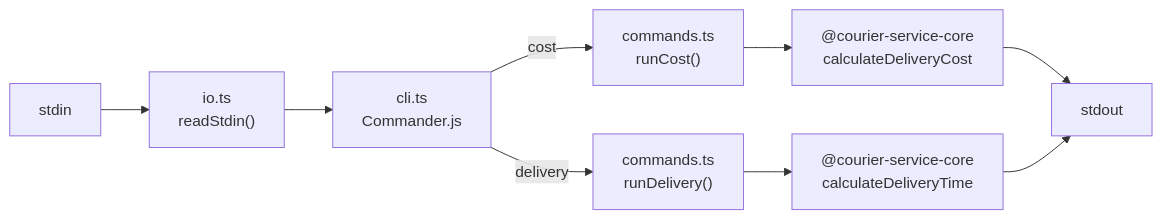
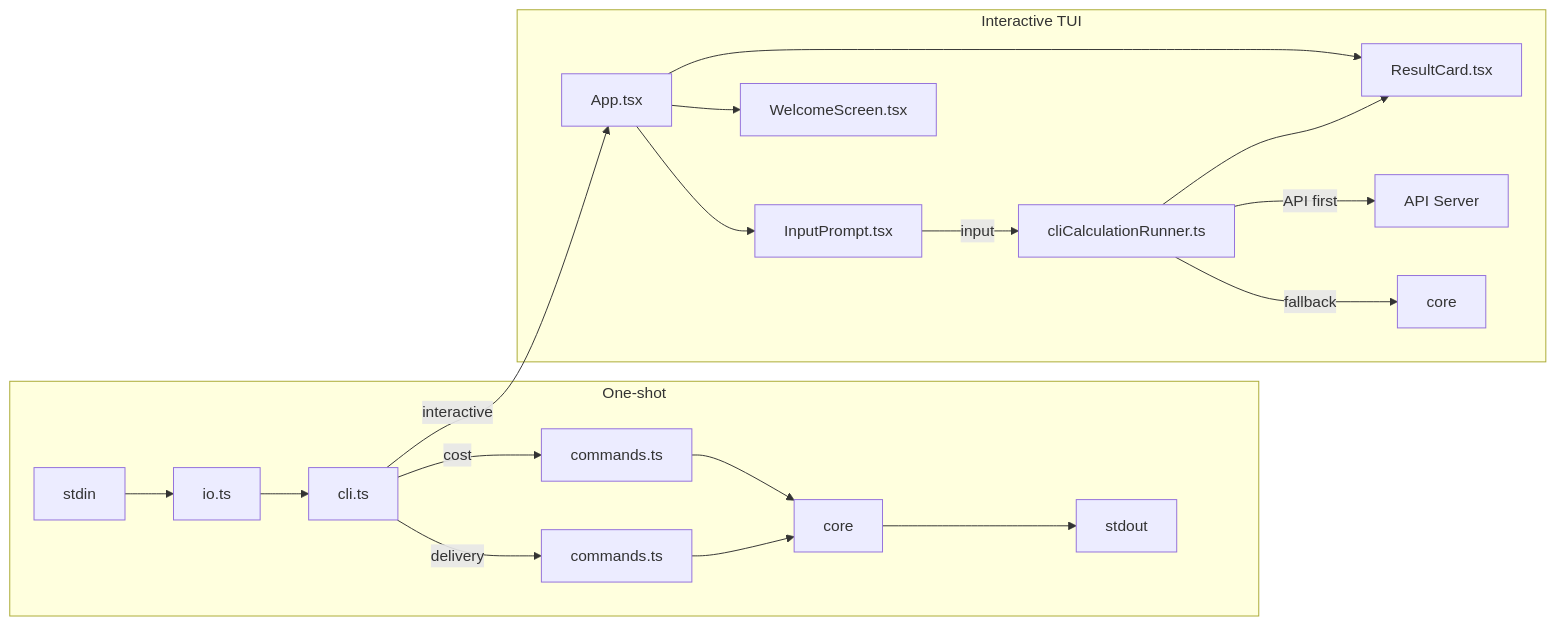
One commit to nurulizyansyaza/courier-service-cli changed the diagram in README.md. Above: the diagram before and after it, drawn with Mermaid. The commit also changed other lines of this file and 19 other files, not shown here.

Commit message:
update cli ui, interactive, logics etc

````diff
--- a/README.md
+++ b/README.md
@@ -98,11 +225,23 @@
 ```mermaid
 graph LR
-    Stdin["stdin"] --> IO["io.ts<br/>readStdin()"]
-    IO --> CLI["cli.ts<br/>Commander.js"]
-    CLI -->|"cost"| Cost["commands.ts<br/>runCost()"]
-    CLI -->|"delivery"| Delivery["commands.ts<br/>runDelivery()"]
-    Cost --> Core["@courier-service-core<br/>calculateDeliveryCost"]
-    Delivery --> Core2["@courier-service-core<br/>calculateDeliveryTime"]
-    Core --> Stdout["stdout"]
-    Core2 --> Stdout
+    subgraph One-shot
+        Stdin["stdin"] --> IO["io.ts"]
+        IO --> CLI["cli.ts"]
+        CLI -->|"cost"| Cost["commands.ts"]
+        CLI -->|"delivery"| Delivery["commands.ts"]
+        Cost --> Core["core"]
+        Delivery --> Core
+        Core --> Stdout["stdout"]
+    end
+
+    subgraph Interactive TUI
+        CLI -->|"interactive"| App["App.tsx"]
+        App --> Prompt["InputPrompt.tsx"]
+        App --> Results["ResultCard.tsx"]
+        App --> Welcome["WelcomeScreen.tsx"]
+        Prompt -->|"input"| Runner["cliCalculationRunner.ts"]
+        Runner -->|"API first"| API["API Server"]
+        Runner -->|"fallback"| Core2["core"]
+        Runner --> Results
+    end
 ```
````
